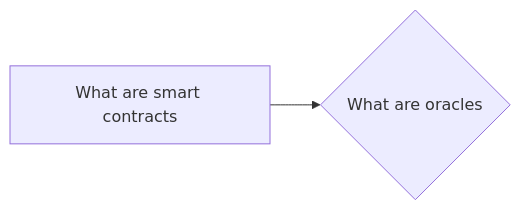
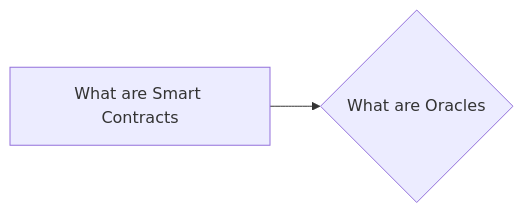
The diagram in notes/What_are_Oracles.md (lpurdy01/crypto-knowledge-map), drawn with Mermaid before and after one commit. The commit also changed 50 other files, not shown here.

````diff
--- a/notes/What_are_Oracles.md
+++ b/notes/What_are_Oracles.md
@@ -6,4 +6,4 @@
 ```mermaid
 graph LR
-1["What are smart contracts"]-->0{"What are oracles"}
+1["What are Smart Contracts"]-->0{"What are Oracles"}
 ```
````
